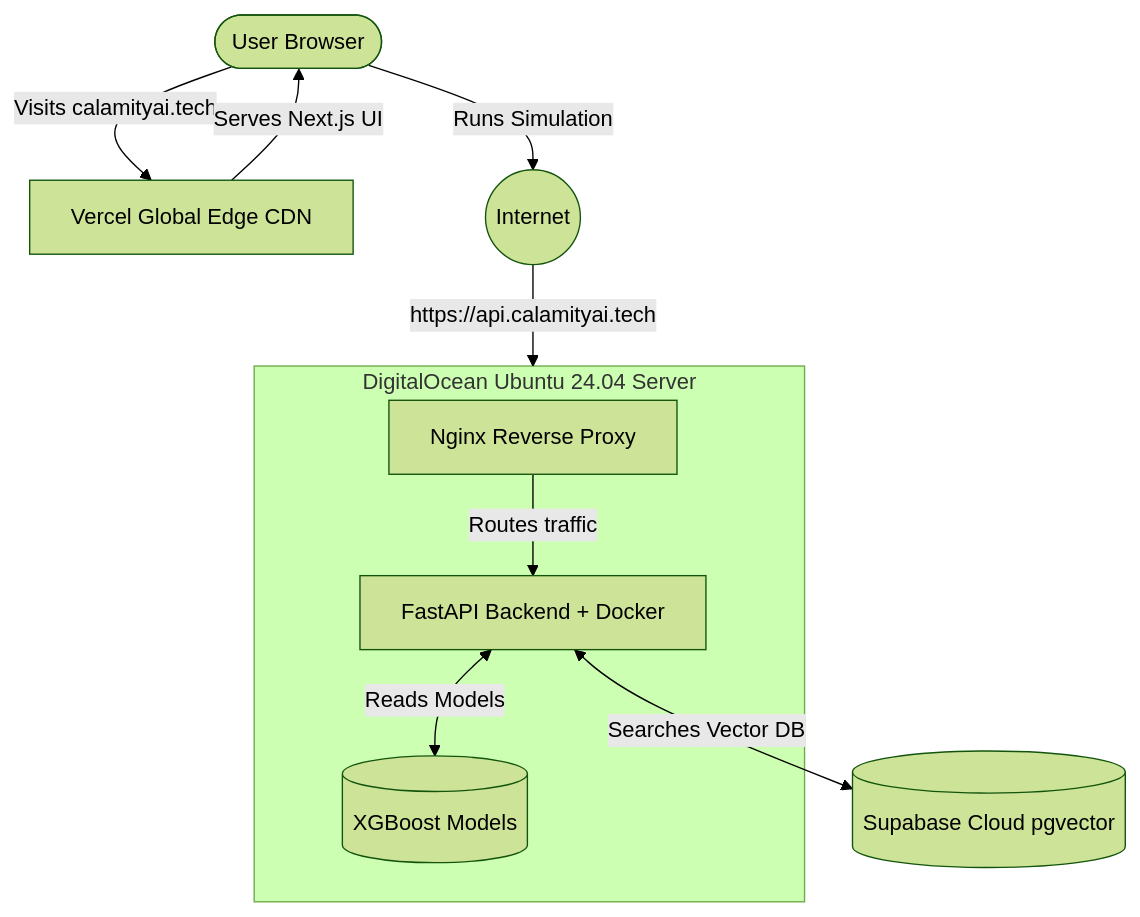
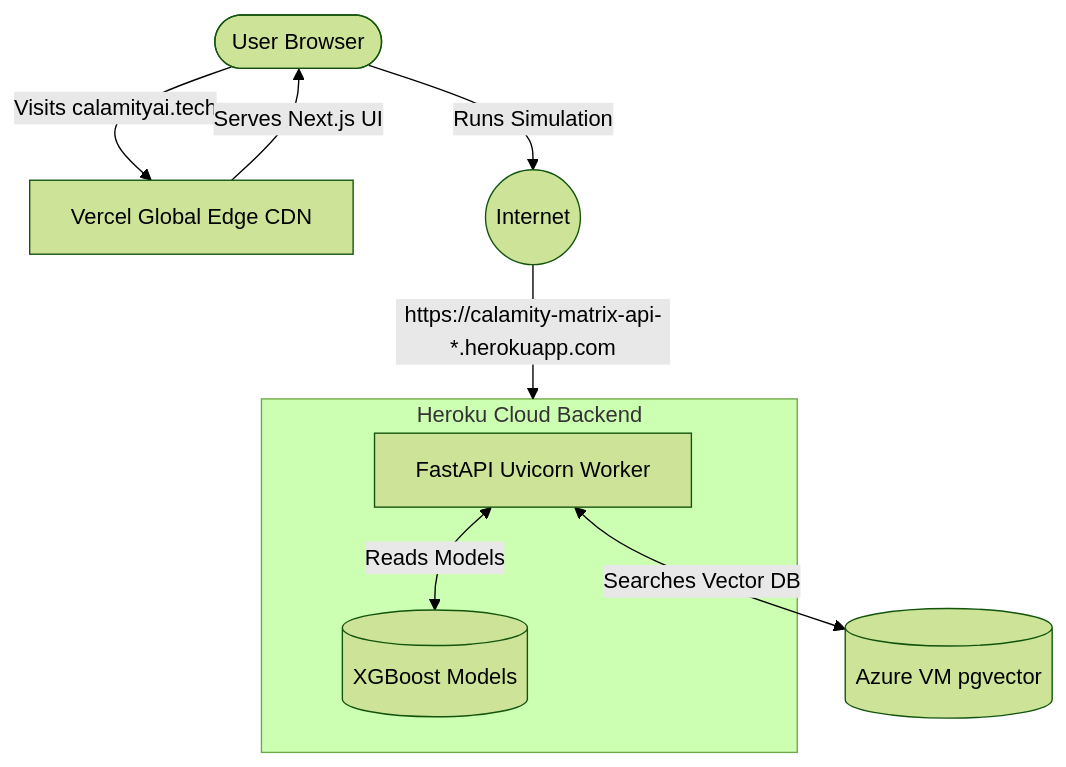
Before and after one commit to divyanshailani/calamity-matrix-core: the second of 2 diagrams in README.md, drawn with Mermaid (forest theme). The commit also changed other lines of this file and 2 other files, not shown here.

Commit message:
docs: comprehensive update documenting heroku decoupling, slug optimization, and v2.2.0 release

````diff
--- a/README.md
+++ b/README.md
@@ -193,14 +193,14 @@
 ```mermaid
 graph TD
     User([User Browser]) -->|Visits calamityai.tech| Vercel[Vercel Global Edge CDN]
     Vercel -->|Serves Next.js UI| User
     
     User -->|Runs Simulation| Internet((Internet))
-    Internet -->|https://api.calamityai.tech| Droplet[DigitalOcean Droplet]
+    Internet -->|https://calamity-matrix-api-*.herokuapp.com| Heroku[Heroku Basic Dyno]
     
-    subgraph Droplet [DigitalOcean Ubuntu 24.04 Server]
-        Nginx[Nginx Reverse Proxy] -->|Routes traffic| FastAPI[FastAPI Backend + Docker]
+    subgraph Heroku [Heroku Cloud Backend]
+        FastAPI[FastAPI Uvicorn Worker]
         FastAPI <-->|Reads Models| Models[(XGBoost Models)]
     end
-    FastAPI <-->|Searches Vector DB| Supabase[(Supabase Cloud pgvector)]
+    FastAPI <-->|Searches Vector DB| Azure[(Azure VM pgvector)]
 ```
````
